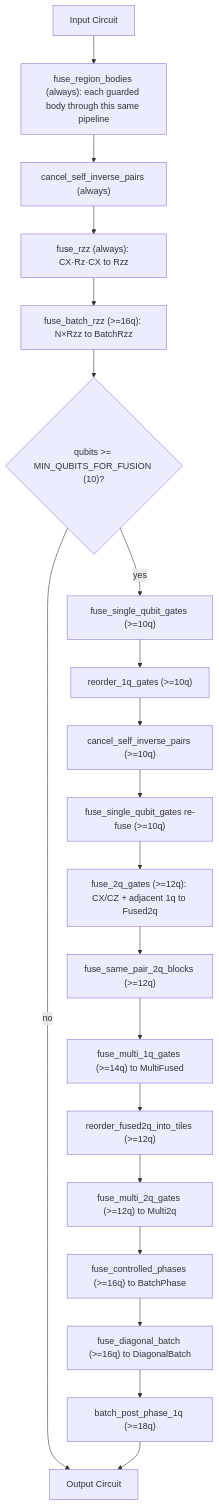
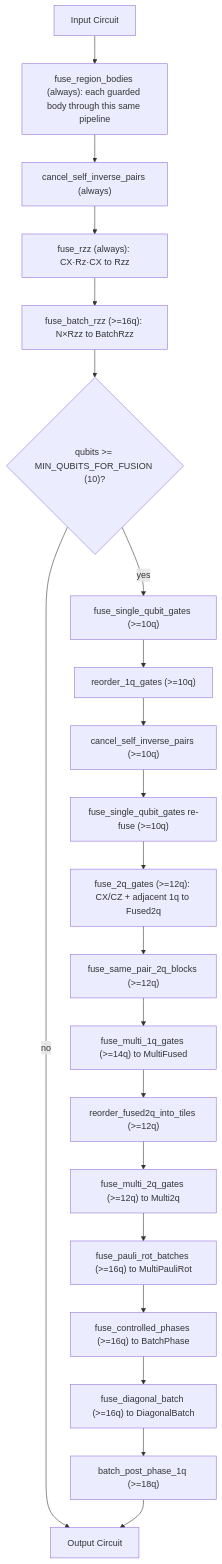
Before and after one commit to AbeCoull/prism-q: the diagram in docs/architecture/fusion.md, drawn with Mermaid. The commit also changed other lines of this file and 17 other files, not shown here.

Commit message:
perf(statevector): batch Pauli rotations into cache-tiled passes (#442)

````diff
--- a/docs/architecture/fusion.md
+++ b/docs/architecture/fusion.md
@@ -10,22 +10,23 @@
 ```mermaid
 flowchart TD
     IN[Input Circuit] --> PR["fuse_region_bodies (always): each guarded body through this same pipeline"]
     PR --> P0["cancel_self_inverse_pairs (always)"]
     P0 --> P0r["fuse_rzz (always): CX&middot;Rz&middot;CX to Rzz"]
     P0r --> P0b["fuse_batch_rzz (>=16q): N&times;Rzz to BatchRzz"]
     P0b --> G{"qubits >= MIN_QUBITS_FOR_FUSION (10)?"}
     G -- no --> OUT[Output Circuit]
     G -- yes --> P1["fuse_single_qubit_gates (>=10q)"]
     P1 --> P1r["reorder_1q_gates (>=10q)"]
     P1r --> P1c["cancel_self_inverse_pairs (>=10q)"]
     P1c --> P1f["fuse_single_qubit_gates re-fuse (>=10q)"]
     P1f --> P2q["fuse_2q_gates (>=12q): CX/CZ + adjacent 1q to Fused2q"]
     P2q --> P2qb["fuse_same_pair_2q_blocks (>=12q)"]
     P2qb --> P2["fuse_multi_1q_gates (>=14q) to MultiFused"]
     P2 --> P2qr["reorder_fused2q_into_tiles (>=12q)"]
     P2qr --> Pm2q["fuse_multi_2q_gates (>=12q) to Multi2q"]
-    Pm2q --> Pcp["fuse_controlled_phases (>=16q) to BatchPhase"]
+    Pm2q --> Ppr["fuse_pauli_rot_batches (>=16q) to MultiPauliRot"]
+    Ppr --> Pcp["fuse_controlled_phases (>=16q) to BatchPhase"]
     Pcp --> Pdb["fuse_diagonal_batch (>=16q) to DiagonalBatch"]
     Pdb --> Ppp["batch_post_phase_1q (>=18q)"]
     Ppp --> OUT
 ```
````
